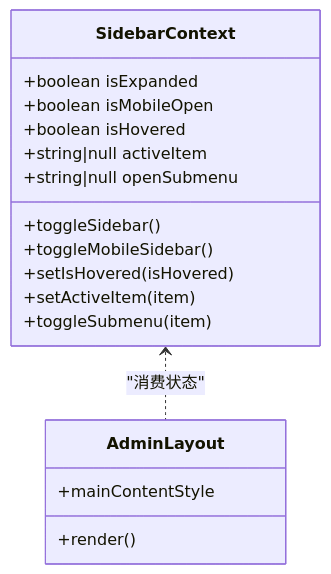
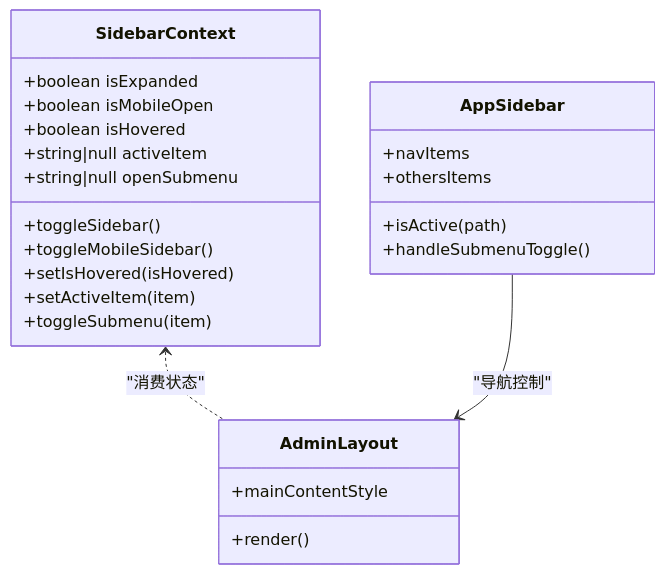
One commit to HAOFUYANG/nextjs-admin changed the sixth of 7 diagrams in .qoder/repowiki/zh/content/架构设计/路由架构.md. Above: the diagram before and after it, drawn with Mermaid. The commit also changed other lines of this file and 4 other files, not shown here.

````diff
--- a/.qoder/repowiki/zh/content/架构设计/路由架构.md
+++ b/.qoder/repowiki/zh/content/架构设计/路由架构.md
@@ -216,20 +296,27 @@
 ```mermaid
 classDiagram
 class SidebarContext {
 +boolean isExpanded
 +boolean isMobileOpen
 +boolean isHovered
 +string|null activeItem
 +string|null openSubmenu
 +toggleSidebar()
 +toggleMobileSidebar()
 +setIsHovered(isHovered)
 +setActiveItem(item)
 +toggleSubmenu(item)
 }
 class AdminLayout {
 +mainContentStyle
 +render()
 }
+class AppSidebar {
++navItems
++othersItems
++isActive(path)
++handleSubmenuToggle()
+}
 SidebarContext <.. AdminLayout : "消费状态"
+AppSidebar --> AdminLayout : "导航控制"
 ```
````
